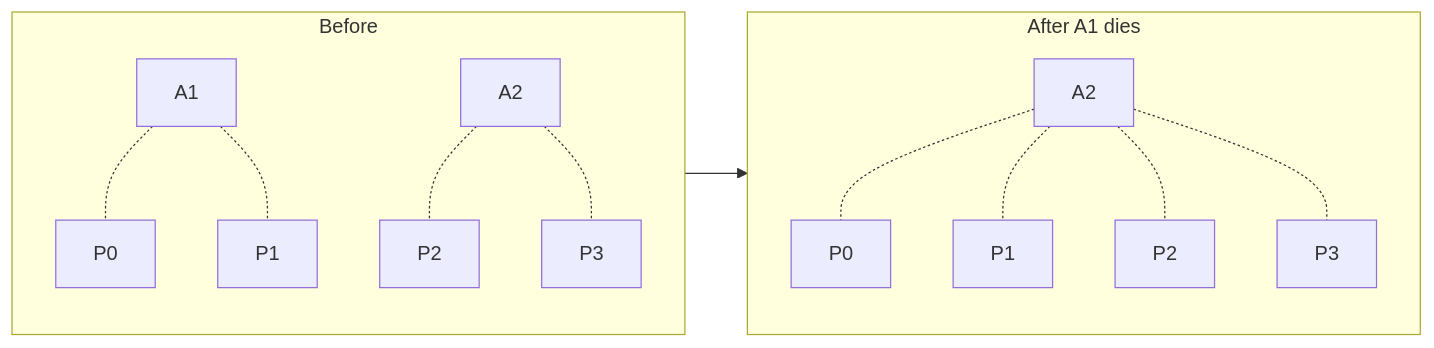
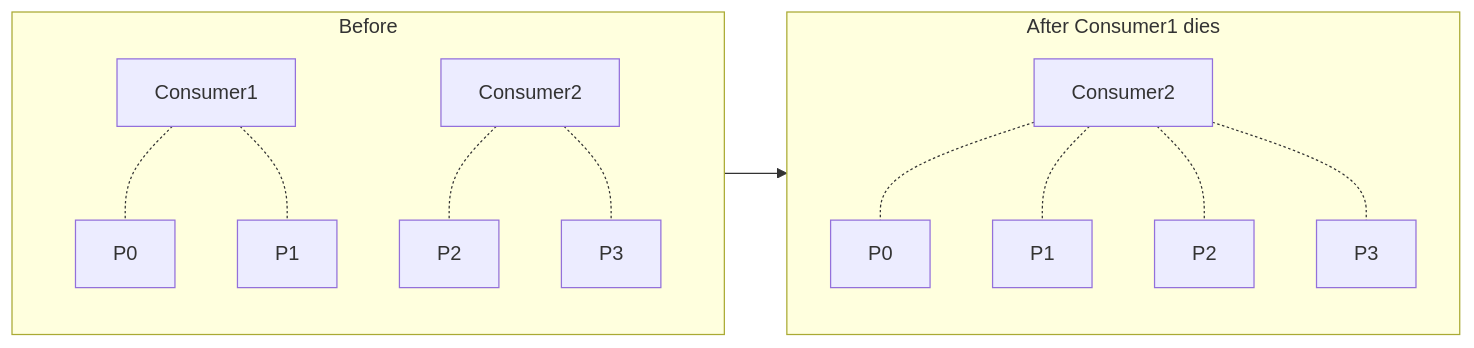
The second of 2 diagrams in materials/streaming/02-kafka/03-consumer-groups-and-rebalancing.md (doron-nazaretsky/john-bryce), drawn with Mermaid before and after one commit. The commit also changed other lines of this file and 19 other files, not shown here.

````diff
--- a/materials/streaming/02-kafka/03-consumer-groups-and-rebalancing.md
+++ b/materials/streaming/02-kafka/03-consumer-groups-and-rebalancing.md
@@ -132,20 +182,20 @@
 ```mermaid
 flowchart LR
     subgraph Before
       direction TB
-      A1[A1] -.- P0a[P0]
-      A1 -.- P1a[P1]
-      A2[A2] -.- P2a[P2]
-      A2 -.- P3a[P3]
+      C1[Consumer1] -.- P0a[P0]
+      C1 -.- P1a[P1]
+      C2[Consumer2] -.- P2a[P2]
+      C2 -.- P3a[P3]
     end
 
-    subgraph After[After A1 dies]
+    subgraph After[After Consumer1 dies]
       direction TB
-      A2b[A2] -.- P0b[P0]
-      A2b -.- P1b[P1]
-      A2b -.- P2b[P2]
-      A2b -.- P3b[P3]
+      C2b[Consumer2] -.- P0b[P0]
+      C2b -.- P1b[P1]
+      C2b -.- P2b[P2]
+      C2b -.- P3b[P3]
     end
 
     Before --> After
 ```
````
